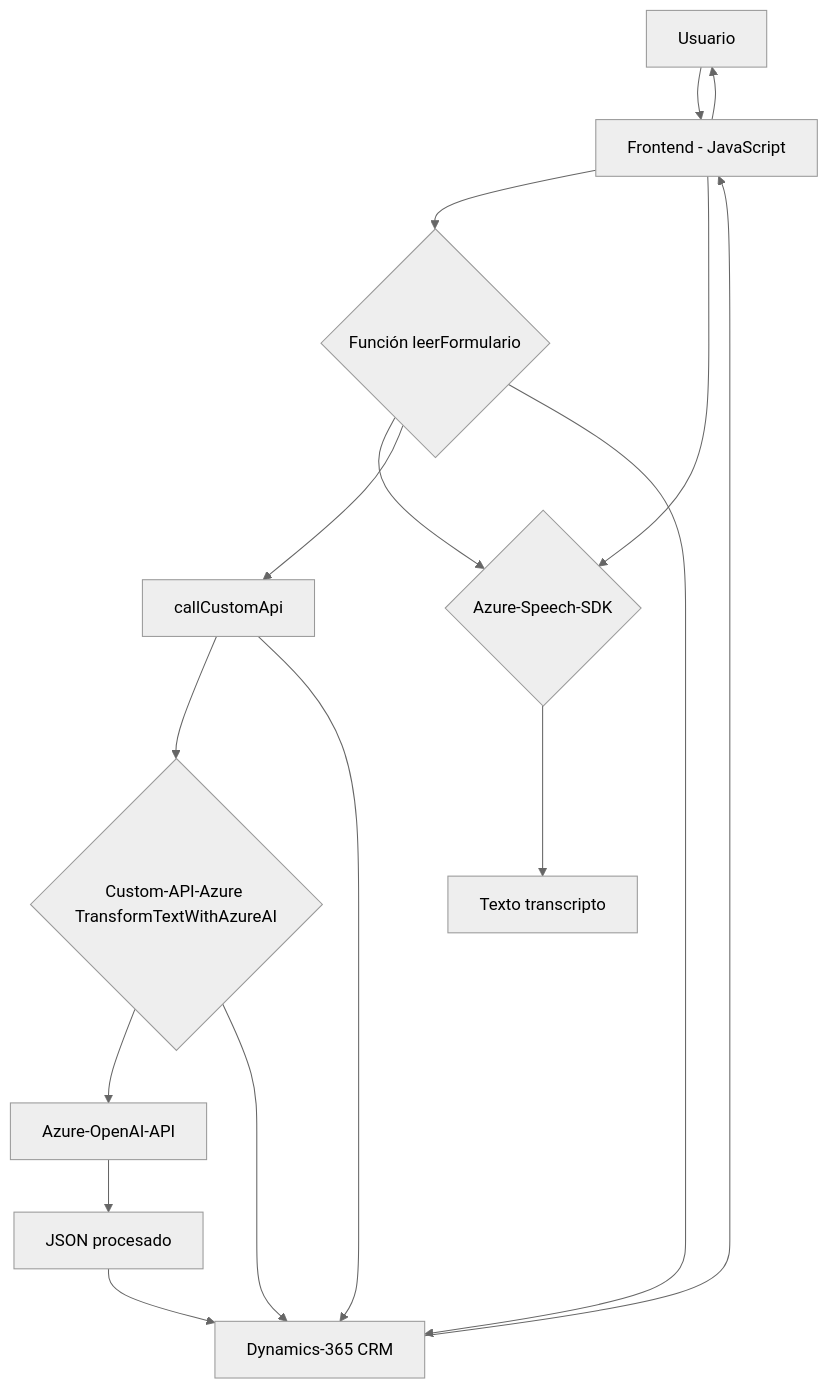
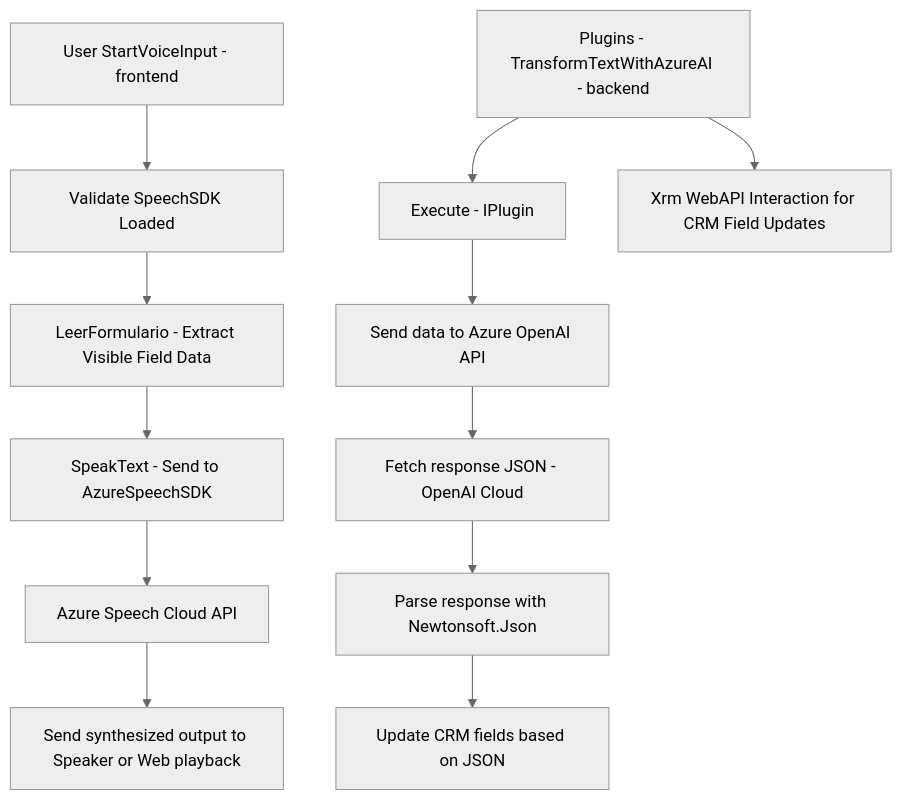
One commit to blopezdm/NETCORE_BILBAO2025 changed the diagram in README.md. Above: the diagram before and after it, drawn with Mermaid (neutral theme). The commit also changed other lines of this file, not shown here.

````diff
--- a/README.md
+++ b/README.md
@@ -42,18 +41,14 @@
 ```mermaid
 graph TD
-  A["Usuario"] --> B["Frontend - JavaScript"]
-  B --> C{"Función leerFormulario"}
-  B --> D{"Azure-Speech-SDK"}
-  C --> D
-  C --> E["callCustomApi"]
-  E --> F{"Custom-API-Azure TransformTextWithAzureAI"}
-  F --> G["Azure-OpenAI-API"]
-  G --> H["JSON procesado"]
-  F --> I["Dynamics-365 CRM"]
-  D --> K["Texto transcripto"]
-  E --> I
-  C --> I
-  H --> I
-  I --> B
-  B --> A
+    A["User StartVoiceInput - frontend"] --> B["Validate SpeechSDK Loaded"]
+    B --> C["LeerFormulario - Extract Visible Field Data"]
+    C --> D["SpeakText - Send to AzureSpeechSDK"]
+    D --> E["Azure Speech Cloud API"]
+    F["Plugins - TransformTextWithAzureAI - backend"] --> G["Execute - IPlugin"]
+    G --> H["Send data to Azure OpenAI API"]
+    H --> I["Fetch response JSON - OpenAI Cloud"]
+    I --> J["Parse response with Newtonsoft.Json"]
+    J --> K["Update CRM fields based on JSON"]
+    F --> L["Xrm WebAPI Interaction for CRM Field Updates"]
+    E --> M["Send synthesized output to Speaker or Web playback"]
 ```
````
